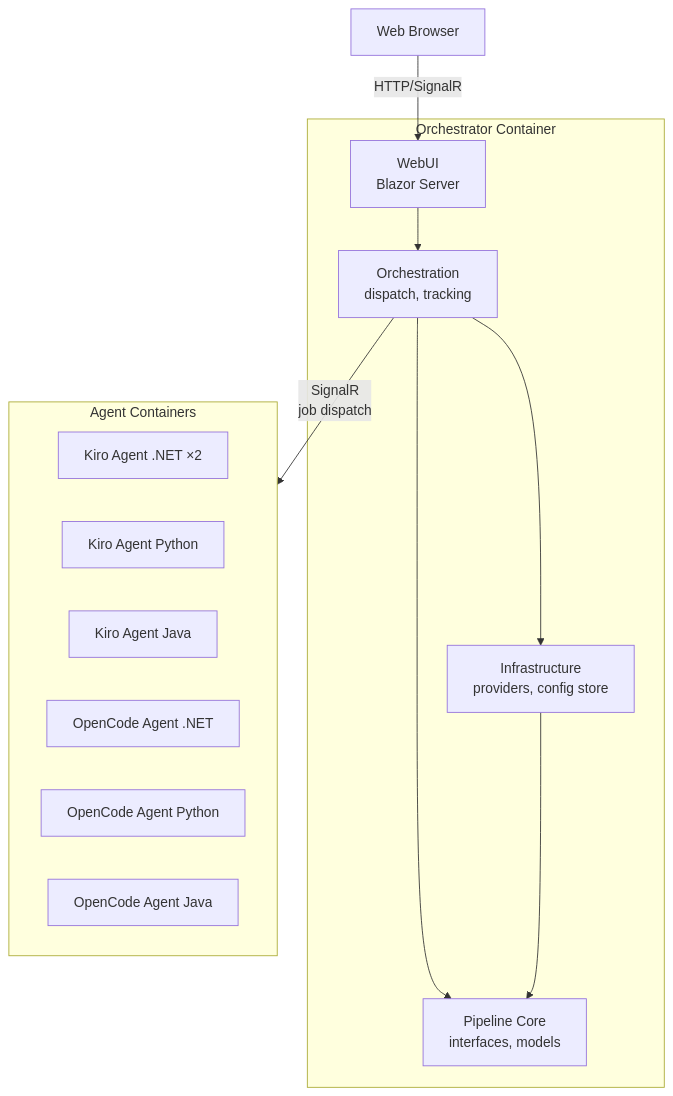
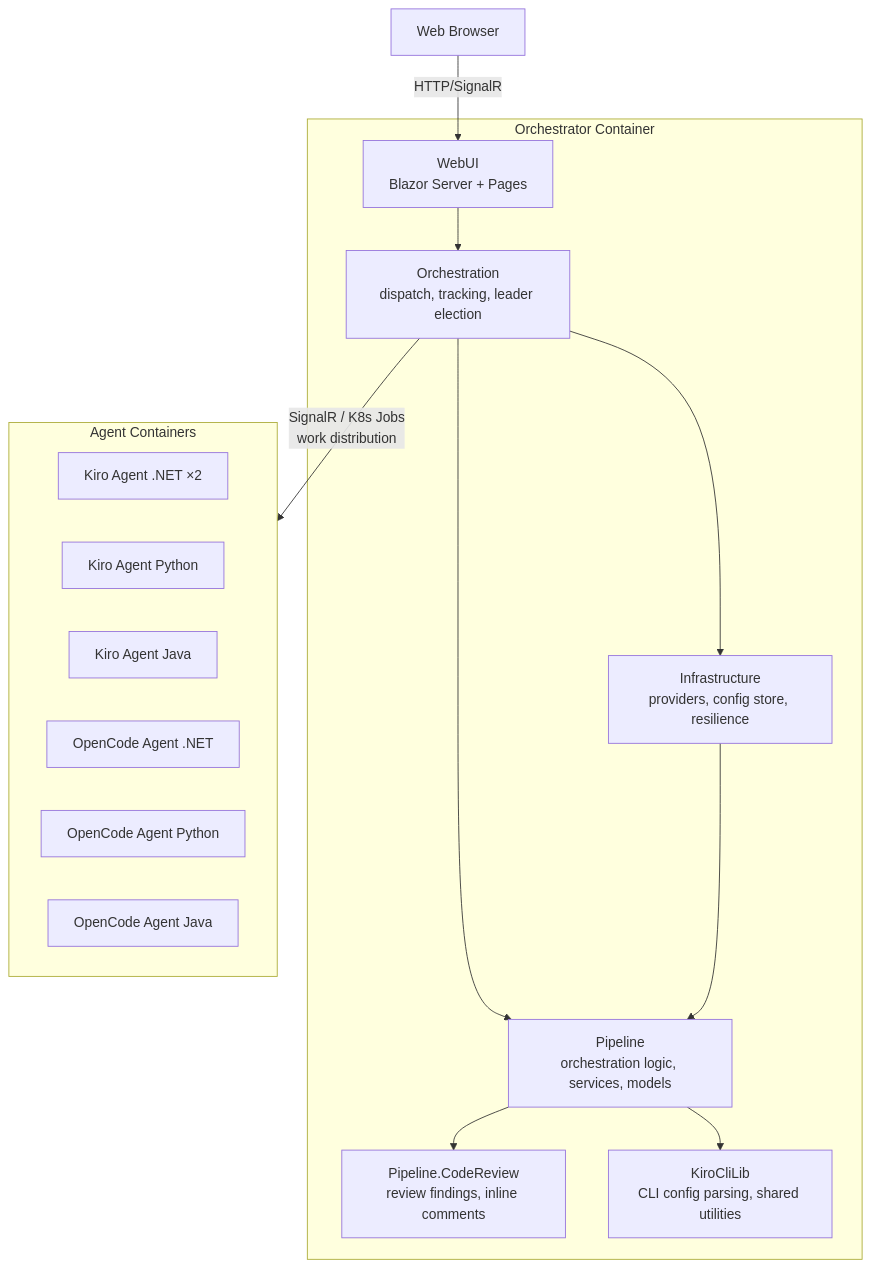
One commit to Chemsorly/coding-agent-automation changed the diagram in docs/deployment.md. Above: the diagram before and after it, drawn with Mermaid. The commit also changed other lines of this file and 17 other files, not shown here.

````diff
--- a/docs/deployment.md
+++ b/docs/deployment.md
@@ -7,27 +7,31 @@
 ```mermaid
 graph TB
     Browser[Web Browser]
     
     subgraph Orchestrator["Orchestrator Container"]
-        WebUI[WebUI<br/>Blazor Server]
-        Orch[Orchestration<br/>dispatch, tracking]
-        Infra[Infrastructure<br/>providers, config store]
-        Core[Pipeline Core<br/>interfaces, models]
+        WebUI[WebUI<br/>Blazor Server + Pages]
+        Orch[Orchestration<br/>dispatch, tracking, leader election]
+        Infra[Infrastructure<br/>providers, config store, resilience]
+        Pipeline[Pipeline<br/>orchestration logic, services, models]
+        CodeReview[Pipeline.CodeReview<br/>review findings, inline comments]
+        KiroLib[KiroCliLib<br/>CLI config parsing, shared utilities]
     end
     
     subgraph Agents["Agent Containers"]
         A1[Kiro Agent .NET ×2]
         A2[Kiro Agent Python]
         A3[Kiro Agent Java]
         A4[OpenCode Agent .NET]
         A5[OpenCode Agent Python]
         A6[OpenCode Agent Java]
     end
     
     Browser -->|HTTP/SignalR| WebUI
     WebUI --> Orch
     Orch --> Infra
-    Orch --> Core
-    Infra --> Core
-    Orch -->|SignalR<br/>job dispatch| Agents
+    Orch --> Pipeline
+    Infra --> Pipeline
+    Pipeline --> CodeReview
+    Pipeline --> KiroLib
+    Orch -->|SignalR / K8s Jobs<br/>work distribution| Agents
 ```
````
